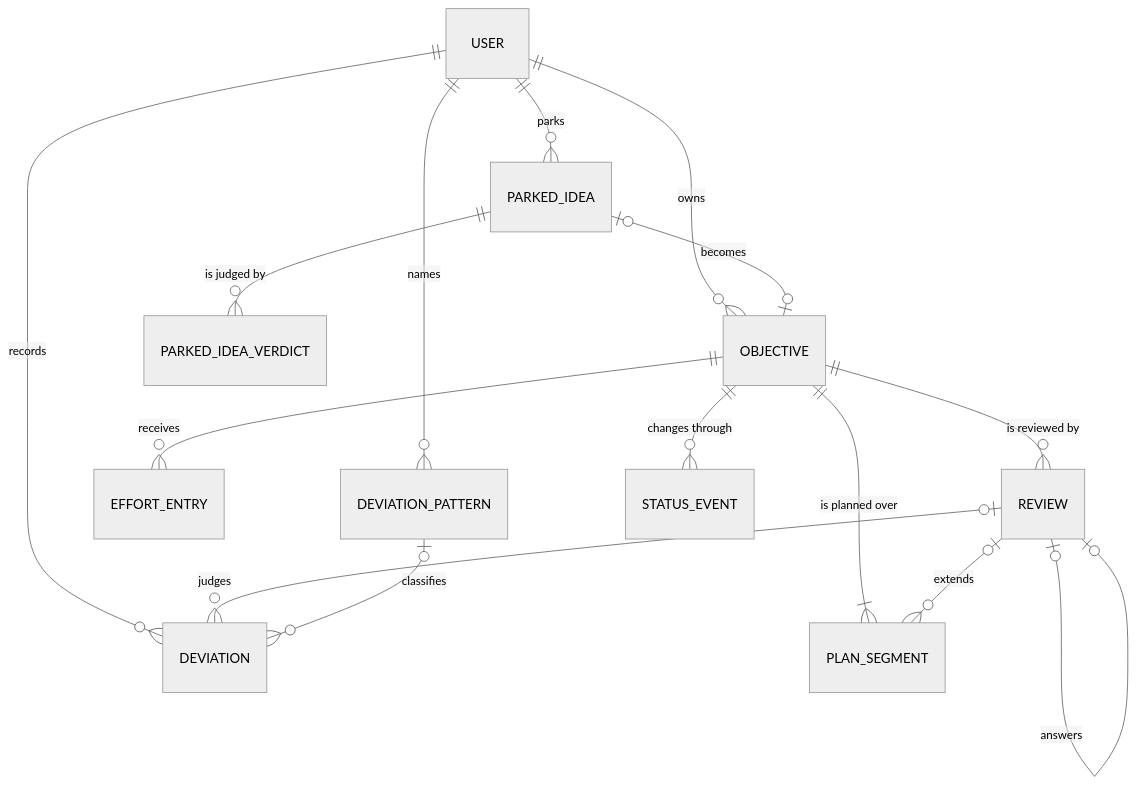
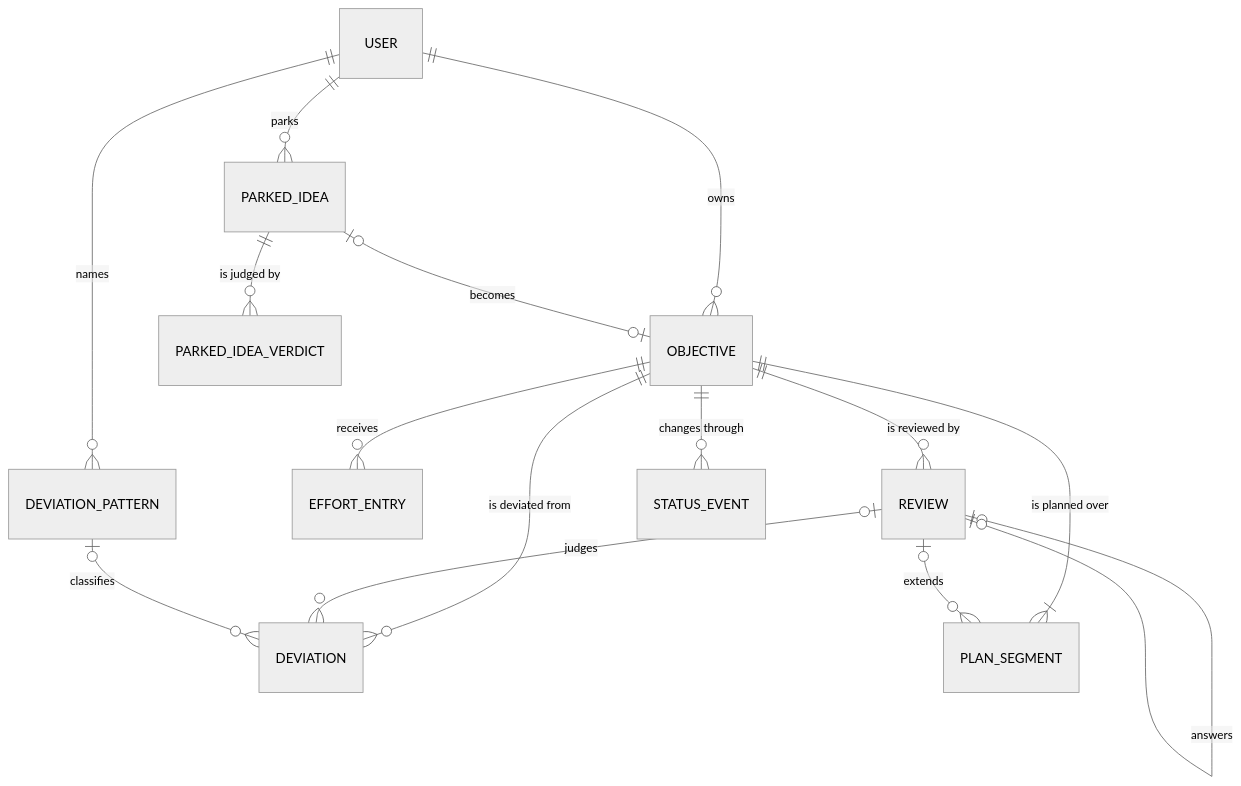
The first of 2 diagrams in docs/erd.md (rohit12242/keel), drawn with Mermaid (neutral theme) before and after one commit. The commit also changed other lines of this file and 2 other files, not shown here.

First line of the commit message:
docs: log a deviation against the objective it pulled you off

````diff
--- a/docs/erd.md
+++ b/docs/erd.md
@@ -61,17 +65,17 @@
 ```mermaid
 erDiagram
     USER ||--o{ OBJECTIVE : owns
-    USER ||--o{ DEVIATION : records
+    OBJECTIVE ||--o{ DEVIATION : "is deviated from"
     USER ||--o{ PARKED_IDEA : parks
     USER ||--o{ DEVIATION_PATTERN : names
     OBJECTIVE ||--|{ PLAN_SEGMENT : "is planned over"
     OBJECTIVE ||--o{ EFFORT_ENTRY : receives
     OBJECTIVE ||--o{ REVIEW : "is reviewed by"
     OBJECTIVE ||--o{ STATUS_EVENT : "changes through"
     REVIEW |o--o{ PLAN_SEGMENT : extends
     REVIEW |o--o{ DEVIATION : judges
     REVIEW |o--o| REVIEW : answers
     DEVIATION_PATTERN |o--o{ DEVIATION : classifies
     PARKED_IDEA ||--o{ PARKED_IDEA_VERDICT : "is judged by"
     PARKED_IDEA |o--o| OBJECTIVE : becomes
 ```
````
